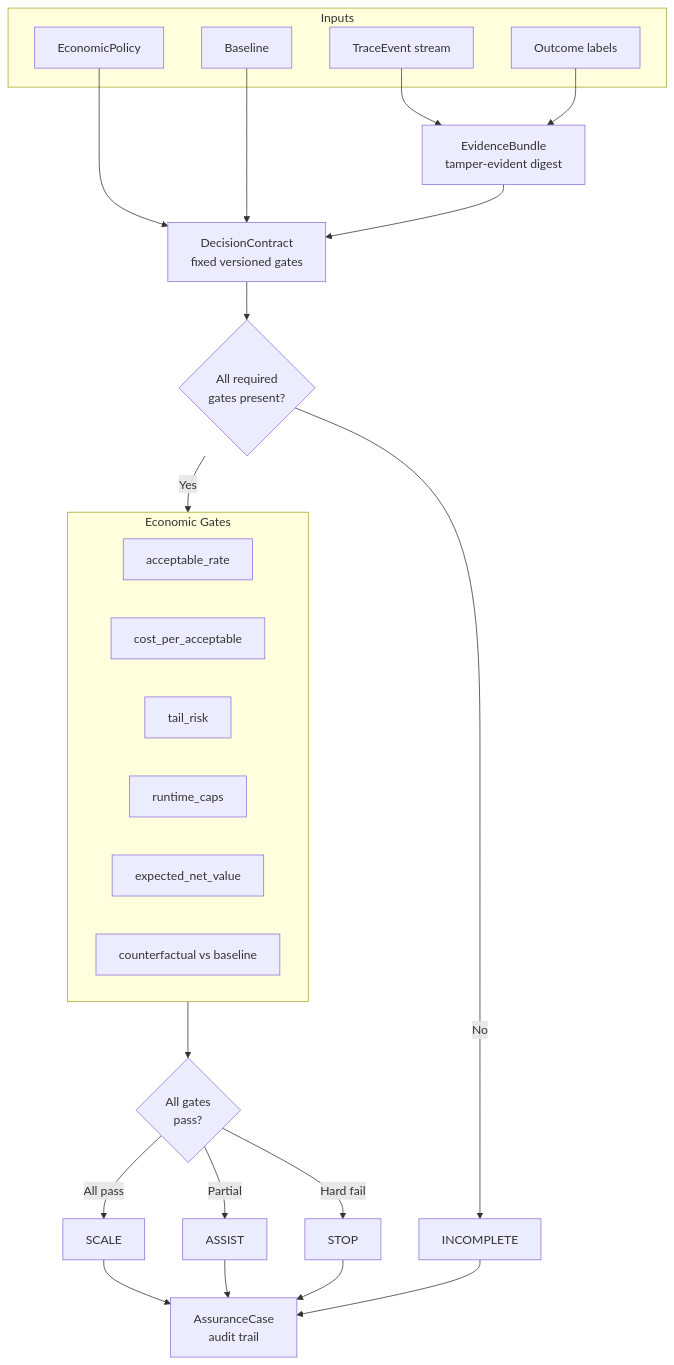
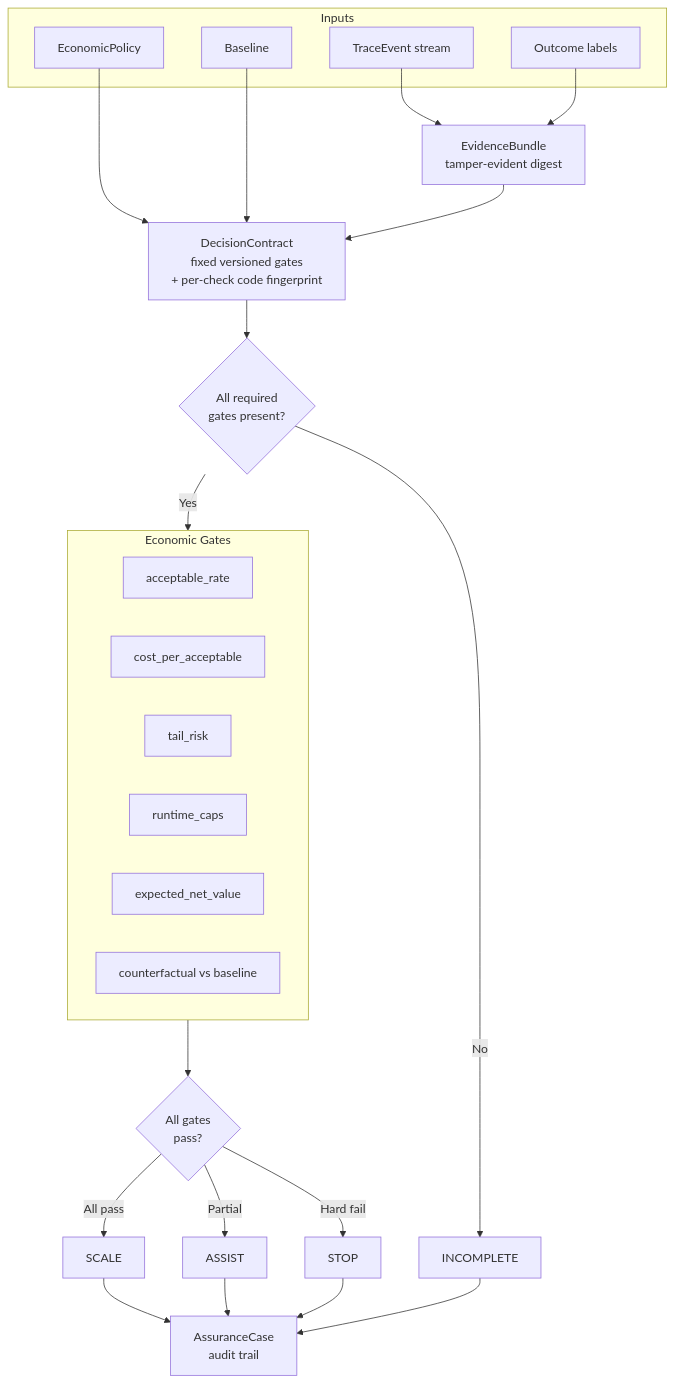
The diagram in README.md (Vyoma/agent-economics-lab), drawn with Mermaid before and after one commit. The commit also changed other lines of this file and 51 other files, not shown here.

````diff
--- a/README.md
+++ b/README.md
@@ -27,33 +72,33 @@
 ```mermaid
 flowchart TD
     subgraph Inputs
         T[TraceEvent stream]
         O[Outcome labels]
         P[EconomicPolicy]
         B[Baseline]
     end
 
     T & O --> EB["EvidenceBundle\ntamper-evident digest"]
     P & B --> DC
-    EB --> DC["DecisionContract\nfixed versioned gates"]
+    EB --> DC["DecisionContract\nfixed versioned gates\n+ per-check code fingerprint"]
 
     DC --> CHECK{"All required\ngates present?"}
     CHECK -->|No| INC["INCOMPLETE"]
     CHECK -->|Yes| G
 
     subgraph G["Economic Gates"]
         G1[acceptable_rate]
         G2[cost_per_acceptable]
         G3[tail_risk]
         G4[runtime_caps]
         G5[expected_net_value]
         G6[counterfactual vs baseline]
     end
 
     G --> V{"All gates\npass?"}
     V -->|All pass| S["SCALE"]
     V -->|Partial| A["ASSIST"]
     V -->|Hard fail| ST["STOP"]
 
     S & A & ST & INC --> AC["AssuranceCase\naudit trail"]
 ```
````
